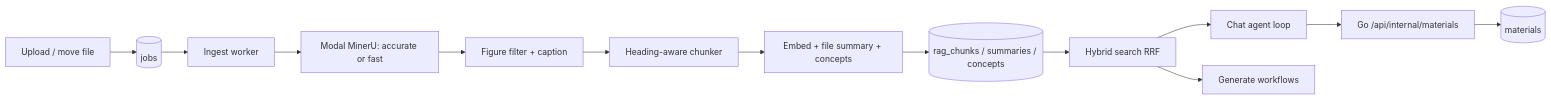
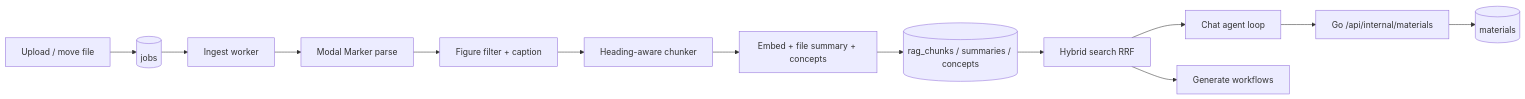
The diagram in openwiki/agentic-retrieval.md (samyung0/capy-notebook), drawn with Mermaid before and after one commit. The commit also changed other lines of this file and 184 other files, not shown here.

````diff
--- a/openwiki/agentic-retrieval.md
+++ b/openwiki/agentic-retrieval.md
@@ -33,15 +33,15 @@
 ```mermaid
 flowchart LR
   Upload[Upload / move file] --> Jobs[(jobs)]
   Jobs --> Worker[Ingest worker]
-  Worker --> Parse[Modal MinerU: accurate or fast]
+  Worker --> Parse[Modal Marker parse]
   Parse --> Caption[Figure filter + caption]
   Caption --> Chunk[Heading-aware chunker]
   Chunk --> Index[Embed + file summary + concepts]
   Index --> Store[(rag_chunks / summaries / concepts)]
   Store --> Search[Hybrid search RRF]
   Search --> Agent[Chat agent loop]
   Search --> Workflows[Generate workflows]
   Agent --> Gateway[Go /api/internal/materials]
   Gateway --> Materials[(materials)]
 ```
````
